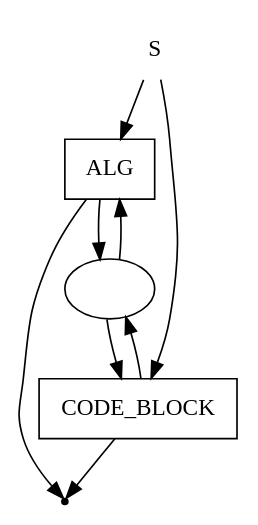
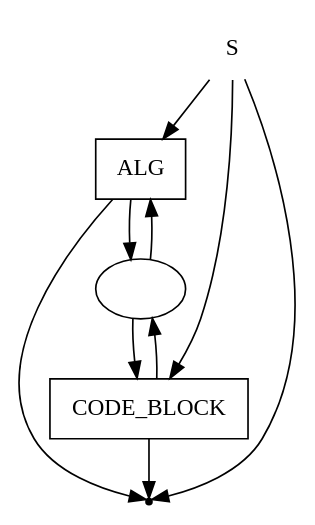
The diagram in pseudocode/s.gv (ayu-f/DSL_Pseudocode), drawn with Graphviz before and after one commit. The commit also changed 4 other files, not shown here.

```diff
--- a/pseudocode/s.gv
+++ b/pseudocode/s.gv
@@ -1,15 +1,16 @@
 digraph S {
     start [label=S shape=plaintext]
     alg [label=ALG shape=box]
     code_block [label=CODE_BLOCK shape=box]
     nl [label="\n" shape=oval]
     end [label="" shape=point]
     start -> alg
     start -> code_block
+    start -> end
     alg -> nl
     alg -> end
     code_block -> nl
     code_block -> end
     nl -> alg
     nl -> code_block
 }
```
